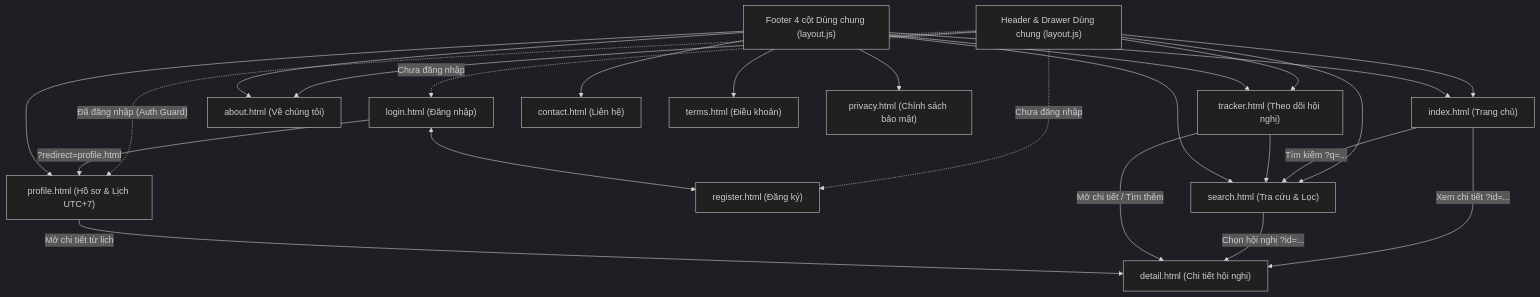
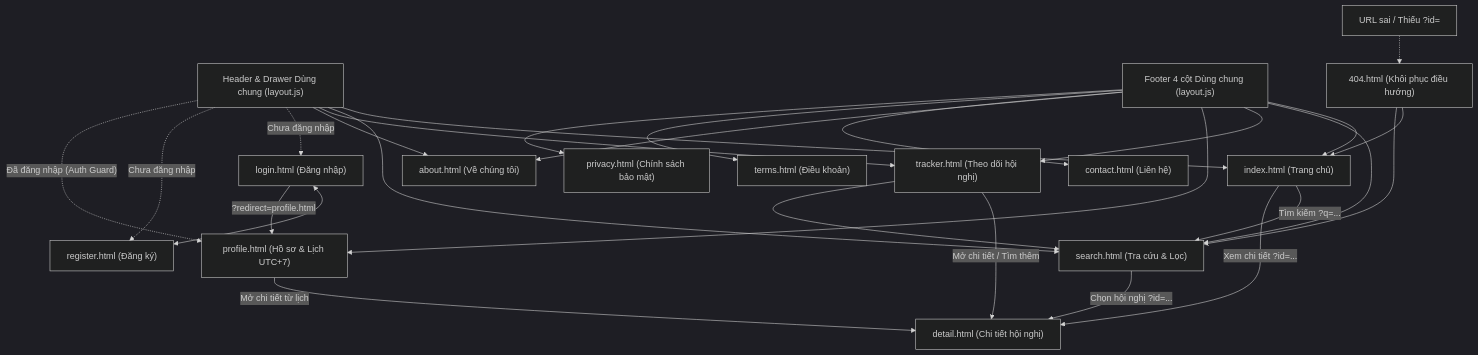
One commit to TaiUITK19/confeguide changed the diagram in README.md. Above: the diagram before and after it, drawn with Mermaid (dark theme). The commit also changed other lines of this file and 29 other files, not shown here.

````diff
--- a/README.md
+++ b/README.md
@@ -124,29 +126,32 @@
 ```mermaid
 flowchart TD
     HEADER["Header & Drawer Dùng chung (layout.js)"] --> INDEX["index.html (Trang chủ)"]
     HEADER --> SEARCH["search.html (Tra cứu & Lọc)"]
     HEADER --> TRACKER["tracker.html (Theo dõi hội nghị)"]
     HEADER --> ABOUT["about.html (Về chúng tôi)"]
     HEADER -. "Chưa đăng nhập" .-> LOGIN["login.html (Đăng nhập)"]
     HEADER -. "Chưa đăng nhập" .-> REGISTER["register.html (Đăng ký)"]
     HEADER -. "Đã đăng nhập (Auth Guard)" .-> PROFILE["profile.html (Hồ sơ & Lịch UTC+7)"]
 
     INDEX -- "Tìm kiếm ?q=..." --> SEARCH
     INDEX -- "Xem chi tiết ?id=..." --> DETAIL["detail.html (Chi tiết hội nghị)"]
     SEARCH -- "Chọn hội nghị ?id=..." --> DETAIL
     TRACKER -- "Mở chi tiết / Tìm thêm" --> DETAIL
     TRACKER --> SEARCH
     PROFILE -- "Mở chi tiết từ lịch" --> DETAIL
 
     LOGIN <--> REGISTER
     LOGIN -- "?redirect=profile.html" --> PROFILE
 
     FOOTER["Footer 4 cột Dùng chung (layout.js)"] --> INDEX
     FOOTER --> SEARCH
     FOOTER --> TRACKER
     FOOTER --> PROFILE
     FOOTER --> ABOUT
     FOOTER --> CONTACT["contact.html (Liên hệ)"]
     FOOTER --> TERMS["terms.html (Điều khoản)"]
     FOOTER --> PRIVACY["privacy.html (Chính sách bảo mật)"]
+    ERR["URL sai / Thiếu ?id="] -.-> NOTFOUND["404.html (Khôi phục điều hướng)"]
+    NOTFOUND --> INDEX
+    NOTFOUND --> SEARCH
 ```
````
